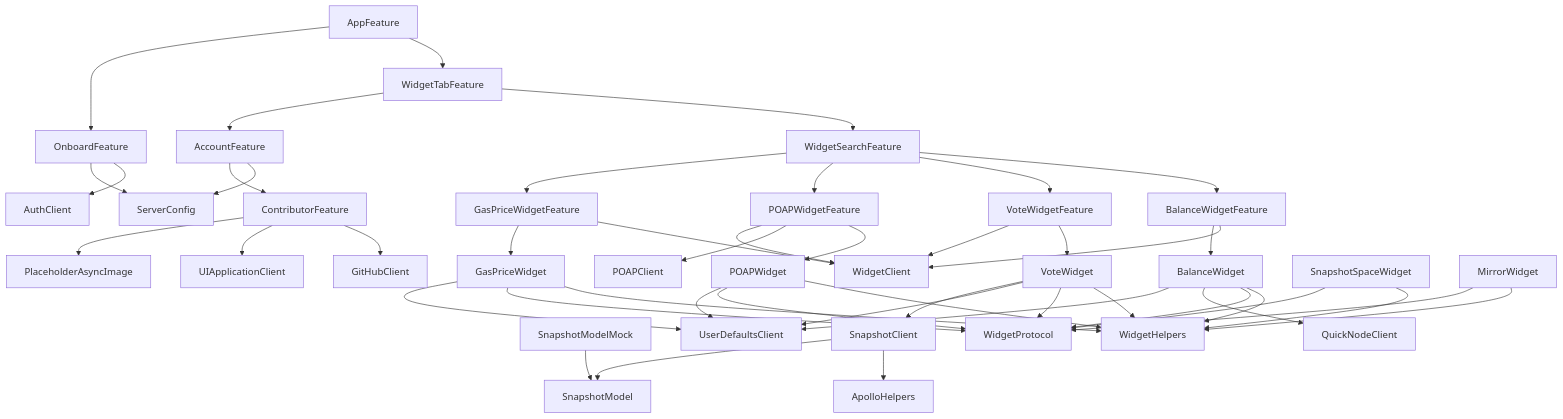
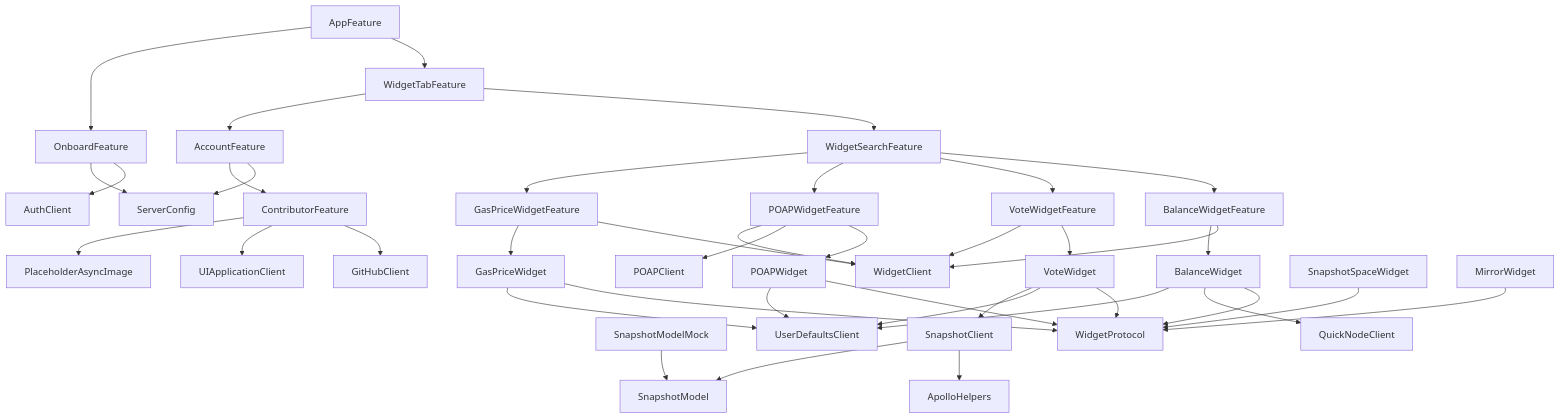
Before and after one commit to caaaption/caaaption: the diagram in caaaption/PackageDependencies.md, drawn with Mermaid.

Commit message:
Run dgraph

````diff
--- a/caaaption/PackageDependencies.md
+++ b/caaaption/PackageDependencies.md
@@ -1,48 +1,42 @@
 ```mermaid
 graph TD;
     AppFeature-->WidgetTabFeature;
     AppFeature-->OnboardFeature;
     WidgetSearchFeature-->BalanceWidgetFeature;
     WidgetSearchFeature-->VoteWidgetFeature;
     WidgetSearchFeature-->POAPWidgetFeature;
     WidgetSearchFeature-->GasPriceWidgetFeature;
     AccountFeature-->ServerConfig;
     AccountFeature-->ContributorFeature;
     ContributorFeature-->GitHubClient;
     ContributorFeature-->UIApplicationClient;
     ContributorFeature-->PlaceholderAsyncImage;
     BalanceWidgetFeature-->WidgetClient;
     BalanceWidgetFeature-->BalanceWidget;
     VoteWidgetFeature-->VoteWidget;
     VoteWidgetFeature-->WidgetClient;
     OnboardFeature-->AuthClient;
     OnboardFeature-->ServerConfig;
     POAPWidgetFeature-->POAPWidget;
     POAPWidgetFeature-->POAPClient;
     POAPWidgetFeature-->WidgetClient;
     GasPriceWidgetFeature-->WidgetClient;
     GasPriceWidgetFeature-->GasPriceWidget;
     WidgetTabFeature-->WidgetSearchFeature;
     WidgetTabFeature-->AccountFeature;
     SnapshotModelMock-->SnapshotModel;
     SnapshotClient-->ApolloHelpers;
     SnapshotClient-->SnapshotModel;
-    BalanceWidget-->WidgetHelpers;
     BalanceWidget-->WidgetProtocol;
     BalanceWidget-->QuickNodeClient;
     BalanceWidget-->UserDefaultsClient;
-    VoteWidget-->WidgetHelpers;
     VoteWidget-->WidgetProtocol;
     VoteWidget-->UserDefaultsClient;
     VoteWidget-->SnapshotClient;
-    GasPriceWidget-->WidgetHelpers;
     GasPriceWidget-->WidgetProtocol;
     GasPriceWidget-->UserDefaultsClient;
-    POAPWidget-->WidgetHelpers;
     POAPWidget-->WidgetProtocol;
     POAPWidget-->UserDefaultsClient;
-    SnapshotSpaceWidget-->WidgetHelpers;
     SnapshotSpaceWidget-->WidgetProtocol;
-    MirrorWidget-->WidgetHelpers;
     MirrorWidget-->WidgetProtocol;
 ```
````
